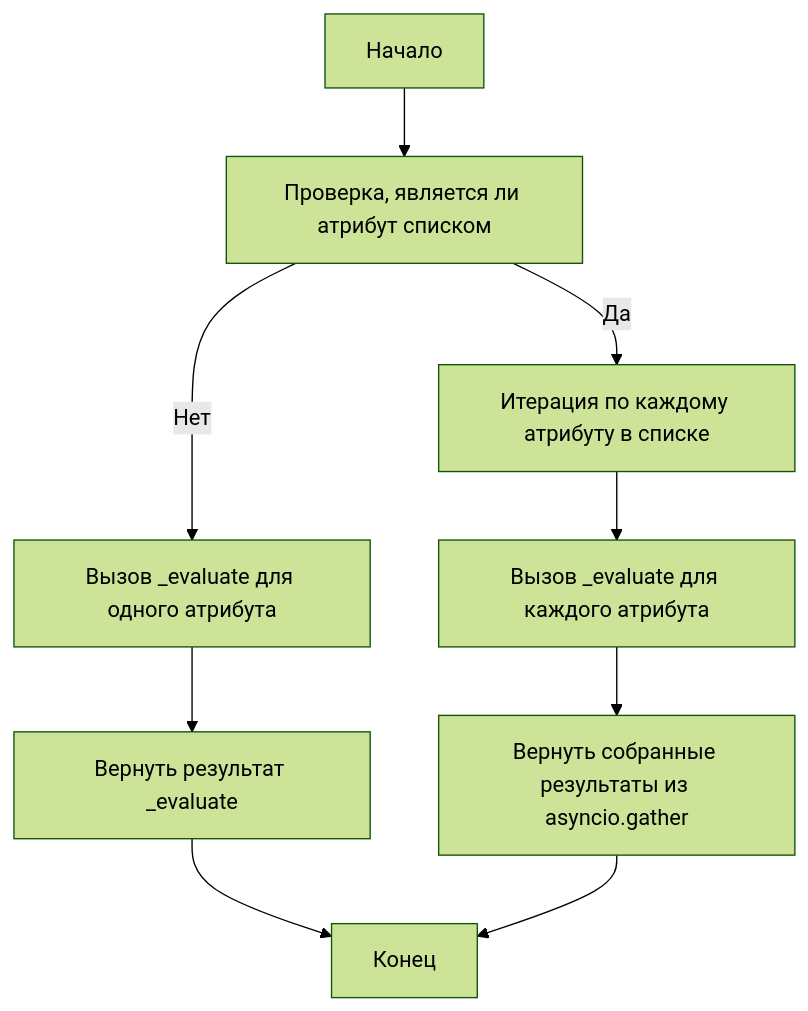
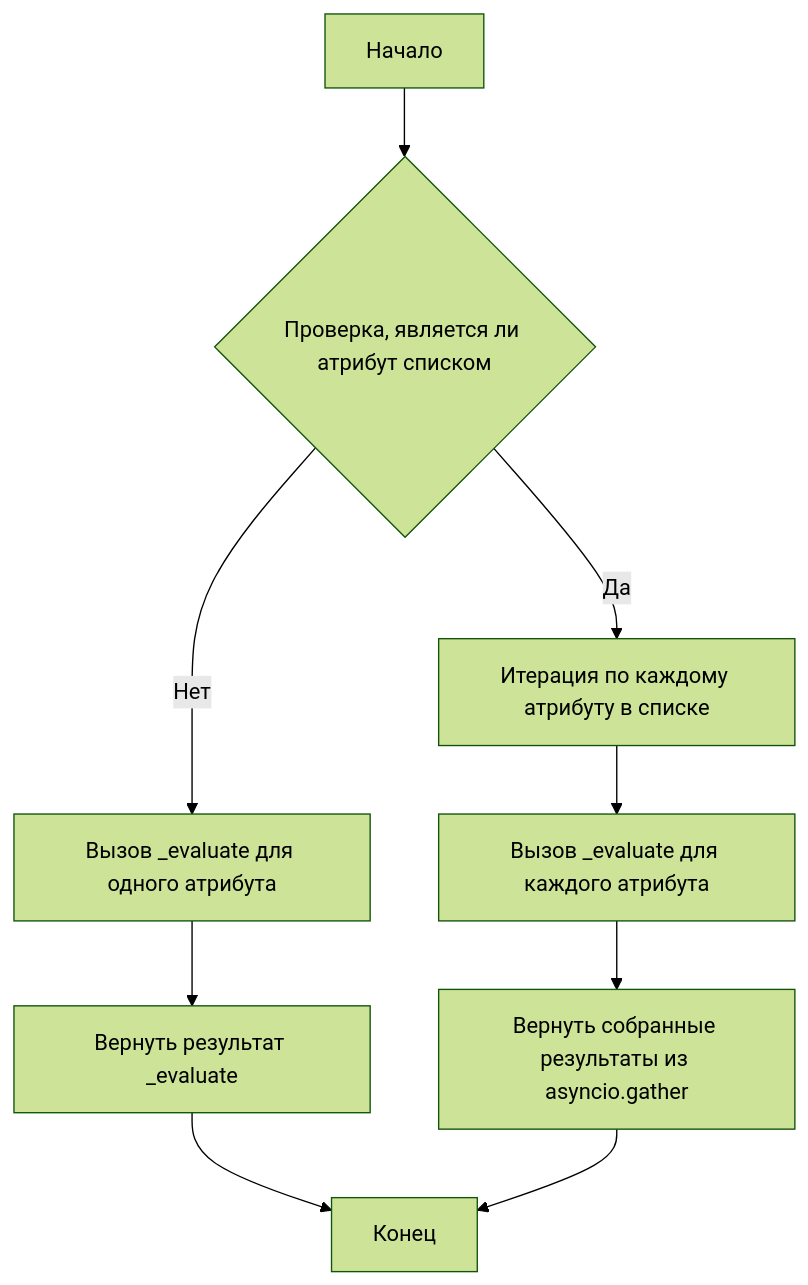
One commit to hypo69/webdriver changed the second of 3 diagrams in docs/executor.ru.md. Above: the diagram before and after it, drawn with Mermaid (forest theme). The commit also changed other lines of this file, not shown here.

````diff
--- a/docs/executor.ru.md
+++ b/docs/executor.ru.md
@@ -75,11 +75,11 @@
   ```mermaid
   graph TD
-  Start[Начало] --> CheckIfAttributeIsList[Проверка, является ли атрибут списком]
+  Start[Начало] --> CheckIfAttributeIsList{Проверка, является ли атрибут списком}
   CheckIfAttributeIsList -->|Да| IterateOverAttributes[Итерация по каждому атрибуту в списке]
   IterateOverAttributes --> CallEvaluateForEachAttribute[Вызов _evaluate для каждого атрибута]
   CallEvaluateForEachAttribute --> ReturnGatheredResults[Вернуть собранные результаты из asyncio.gather]
   CheckIfAttributeIsList -->|Нет| CallEvaluateForSingleAttribute[Вызов _evaluate для одного атрибута]
   CallEvaluateForSingleAttribute --> ReturnEvaluateResult[Вернуть результат _evaluate]
   ReturnEvaluateResult --> End[Конец]
   ReturnGatheredResults --> End
   ```
````
